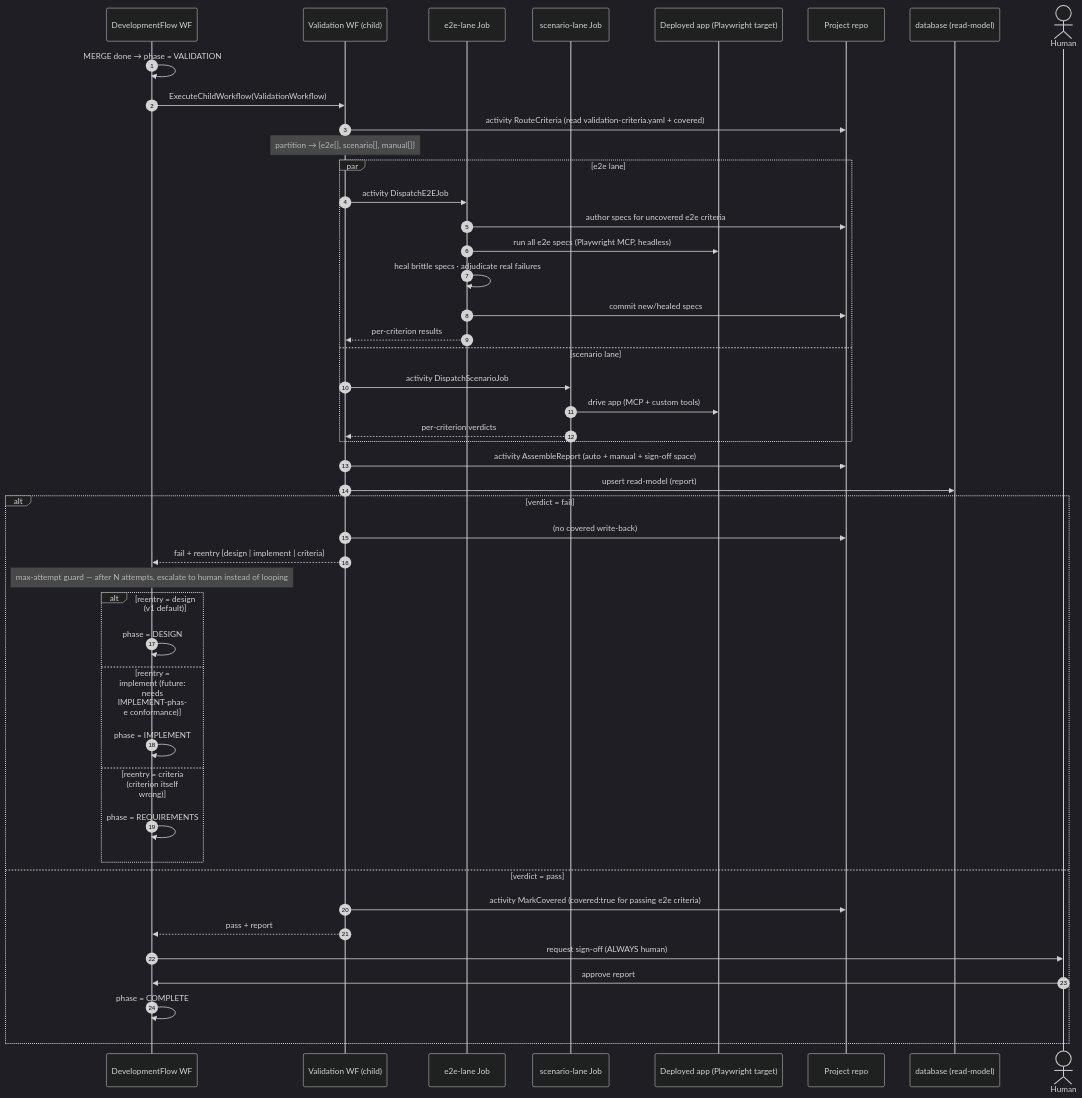
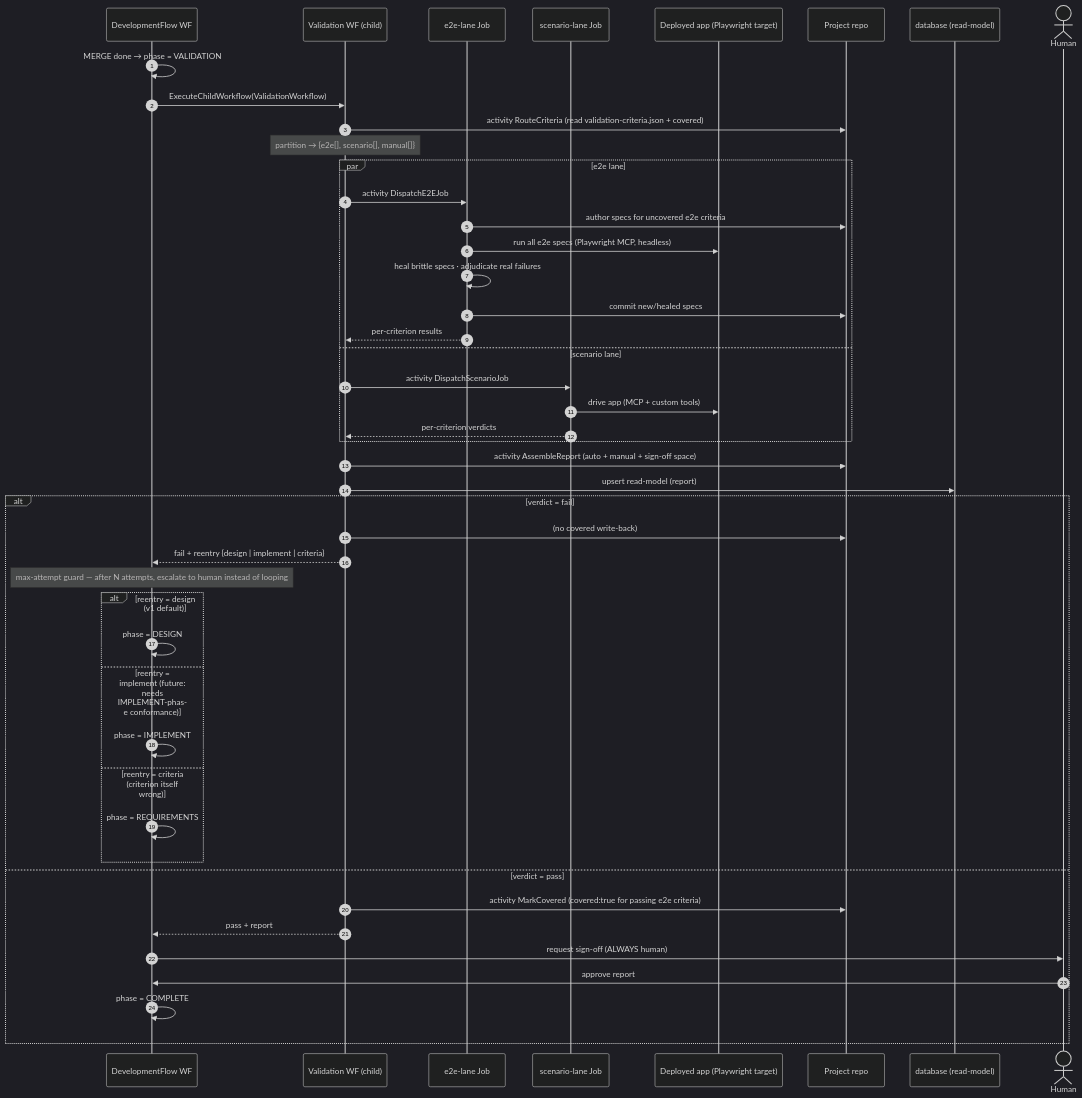
The second of 2 diagrams in docs/design/validation/00-overview.md (KCSAbeywickrama/labs-agentic-engineer), drawn with Mermaid (dark theme) before and after one commit. The commit also changed other lines of this file and 2 other files, not shown here.

Commit message:
fix(validation): update acceptance artifact format from YAML to JSON in documentation

````diff
--- a/docs/design/validation/00-overview.md
+++ b/docs/design/validation/00-overview.md
@@ -190,51 +194,51 @@
 ```mermaid
 sequenceDiagram
     autonumber
     participant DF as DevelopmentFlow WF
     participant VW as Validation WF (child)
     participant E2E as e2e-lane Job
     participant SC as scenario-lane Job
     participant APP as Deployed app (Playwright target)
     participant REPO as Project repo
     participant DB as database (read-model)
     actor U as Human
 
     DF->>DF: MERGE done → phase = VALIDATION
     DF->>VW: ExecuteChildWorkflow(ValidationWorkflow)
-    VW->>REPO: activity RouteCriteria (read validation-criteria.yaml + covered)
+    VW->>REPO: activity RouteCriteria (read validation-criteria.json + covered)
     Note over VW: partition → {e2e[], scenario[], manual[]}
 
     par e2e lane
         VW->>E2E: activity DispatchE2EJob
         E2E->>REPO: author specs for uncovered e2e criteria
         E2E->>APP: run all e2e specs (Playwright MCP, headless)
         E2E->>E2E: heal brittle specs · adjudicate real failures
         E2E->>REPO: commit new/healed specs
         E2E-->>VW: per-criterion results
     and scenario lane
         VW->>SC: activity DispatchScenarioJob
         SC->>APP: drive app (MCP + custom tools)
         SC-->>VW: per-criterion verdicts
     end
 
     VW->>REPO: activity AssembleReport (auto + manual + sign-off space)
     VW->>DB: upsert read-model (report)
     alt verdict = fail
         VW->>REPO: (no covered write-back)
         VW-->>DF: fail + reentry {design | implement | criteria}
         Note over DF: max-attempt guard — after N attempts, escalate to human instead of looping
         alt reentry = design (v1 default)
             DF->>DF: phase = DESIGN
         else reentry = implement (future: needs IMPLEMENT-phase conformance)
             DF->>DF: phase = IMPLEMENT
         else reentry = criteria (criterion itself wrong)
             DF->>DF: phase = REQUIREMENTS
         end
     else verdict = pass
         VW->>REPO: activity MarkCovered (covered:true for passing e2e criteria)
         VW-->>DF: pass + report
         DF->>U: request sign-off (ALWAYS human)
         U->>DF: approve report
         DF->>DF: phase = COMPLETE
     end
 ```
````
